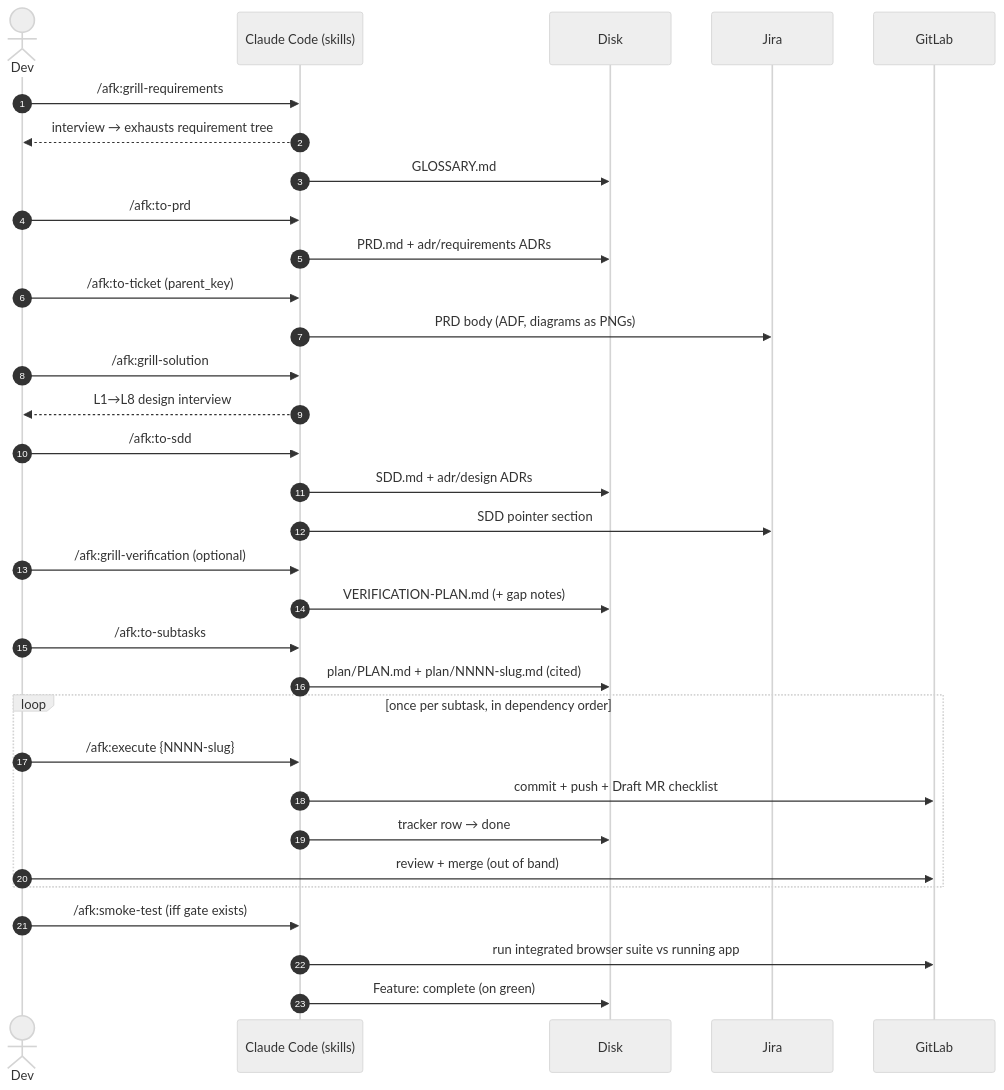
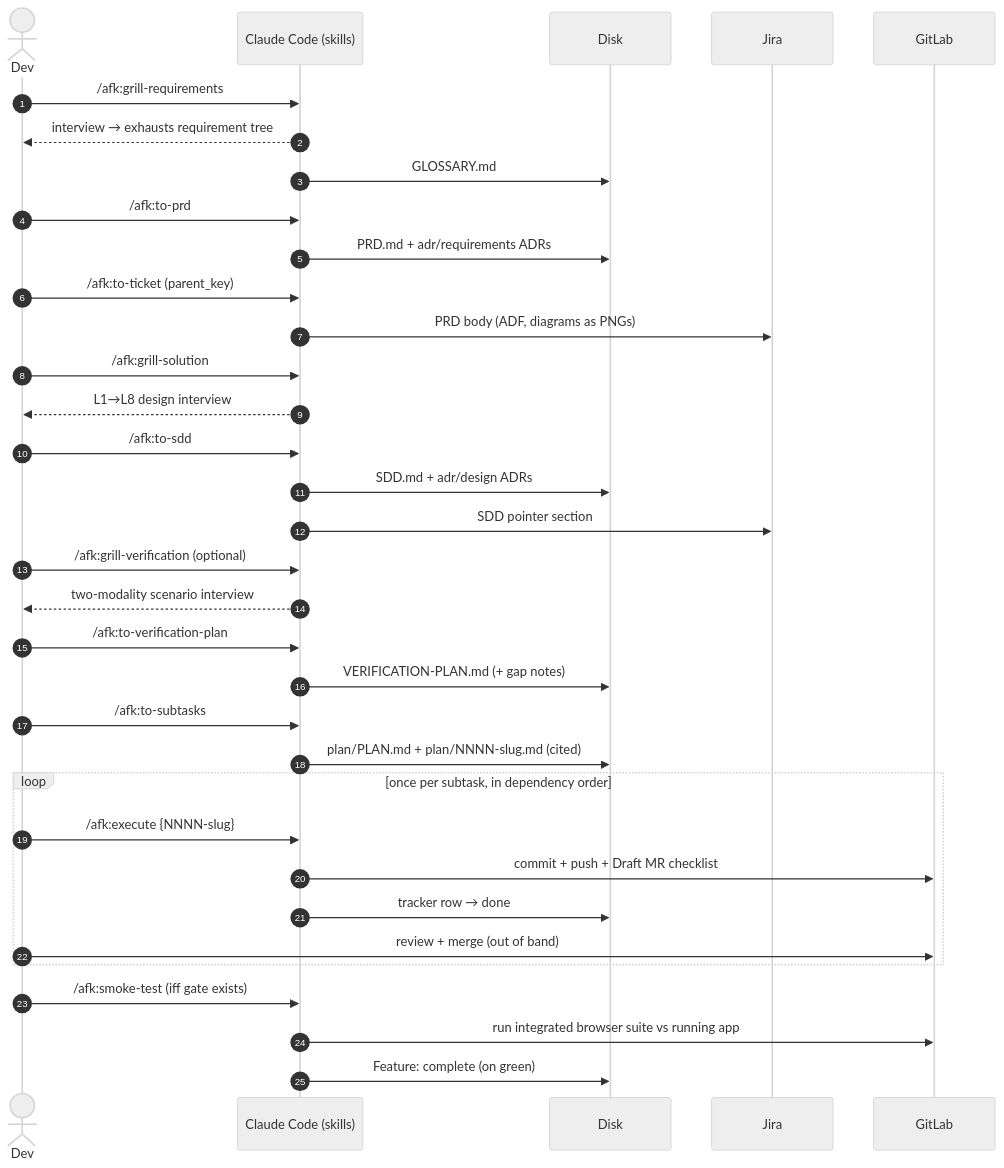
The third of 6 diagrams in README.md (midnightblur/afk-driver), drawn with Mermaid (neutral theme) before and after one commit. The commit also changed other lines of this file and 10 other files, not shown here.

First line of the commit message:
refactor(skills): split grill-verification into grill + to-verification-plan

````diff
--- a/README.md
+++ b/README.md
@@ -200,35 +196,37 @@
 ```mermaid
 sequenceDiagram
     autonumber
     actor Dev
     participant CC as Claude Code (skills)
     participant Disk as Disk
     participant Jira as Jira
     participant GL as GitLab
 
     Dev->>CC: /afk:grill-requirements
     CC-->>Dev: interview → exhausts requirement tree
     CC->>Disk: GLOSSARY.md
     Dev->>CC: /afk:to-prd
     CC->>Disk: PRD.md + adr/requirements ADRs
     Dev->>CC: /afk:to-ticket (parent_key)
     CC->>Jira: PRD body (ADF, diagrams as PNGs)
     Dev->>CC: /afk:grill-solution
     CC-->>Dev: L1→L8 design interview
     Dev->>CC: /afk:to-sdd
     CC->>Disk: SDD.md + adr/design ADRs
     CC->>Jira: SDD pointer section
     Dev->>CC: /afk:grill-verification (optional)
+    CC-->>Dev: two-modality scenario interview
+    Dev->>CC: /afk:to-verification-plan
     CC->>Disk: VERIFICATION-PLAN.md (+ gap notes)
     Dev->>CC: /afk:to-subtasks
     CC->>Disk: plan/PLAN.md + plan/NNNN-slug.md (cited)
     loop once per subtask, in dependency order
         Dev->>CC: /afk:execute {NNNN-slug}
         CC->>GL: commit + push + Draft MR checklist
         CC->>Disk: tracker row → done
         Dev->>GL: review + merge (out of band)
     end
     Dev->>CC: /afk:smoke-test (iff gate exists)
     CC->>GL: run integrated browser suite vs running app
     CC->>Disk: Feature: complete (on green)
 ```
````
